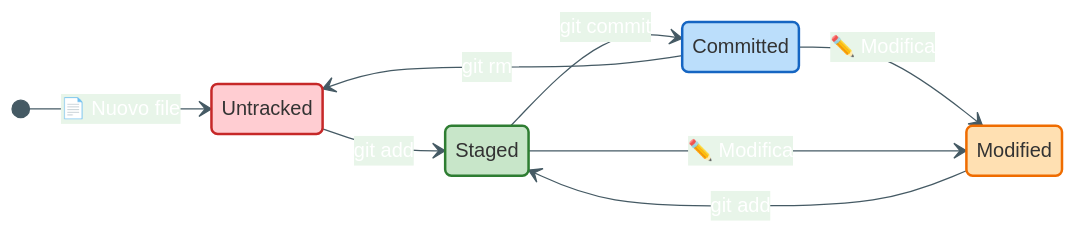
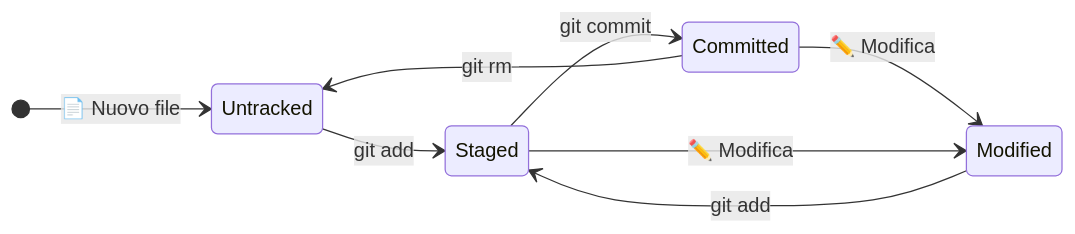
The sixth of 7 diagrams in 01-teoria/01-vcs-git-basics.md (DaveFV91/GitCourse), drawn with Mermaid before and after one commit. The commit also changed other lines of this file and 1 other file, not shown here.

````diff
--- a/01-teoria/01-vcs-git-basics.md
+++ b/01-teoria/01-vcs-git-basics.md
@@ -218,22 +116,11 @@
 ```mermaid
-%%{init: {'theme': 'base', 'themeVariables': { 'primaryColor': '#1976D2', 'primaryTextColor': '#fff', 'primaryBorderColor': '#0D47A1', 'lineColor': '#455A64', 'secondaryColor': '#E8F5E9', 'tertiaryColor': '#FFF8E1'}}}%%
 stateDiagram-v2
     direction LR
     [*] --> Untracked: 📄 Nuovo file
     Untracked --> Staged: git add
     Staged --> Committed: git commit
     Committed --> Modified: ✏️ Modifica
     Modified --> Staged: git add
     Staged --> Modified: ✏️ Modifica
     Committed --> Untracked: git rm
-    
-    classDef untracked fill:#FFCDD2,stroke:#C62828,stroke-width:2px,color:#333
-    classDef staged fill:#C8E6C9,stroke:#2E7D32,stroke-width:2px,color:#333
-    classDef committed fill:#BBDEFB,stroke:#1565C2,stroke-width:2px,color:#333
-    classDef modified fill:#FFE0B2,stroke:#EF6C00,stroke-width:2px,color:#333
-    
-    class Untracked untracked
-    class Staged staged
-    class Committed committed
-    class Modified modified
 ```
````
